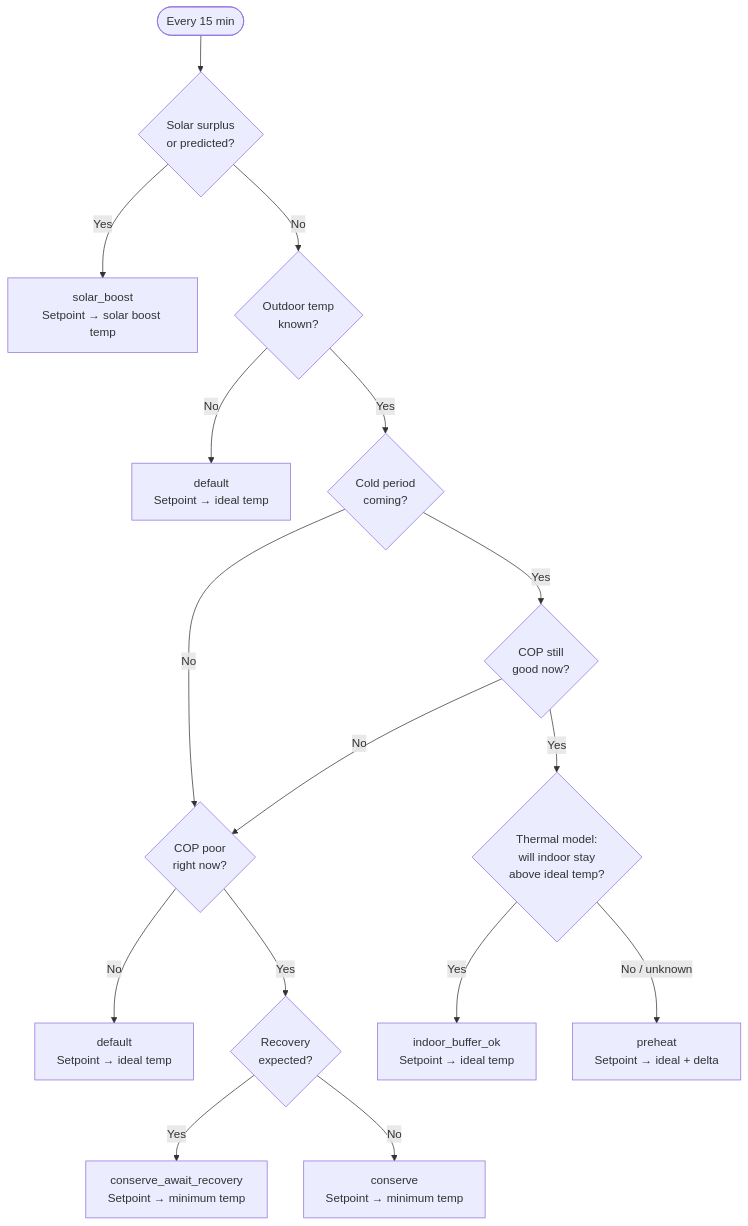
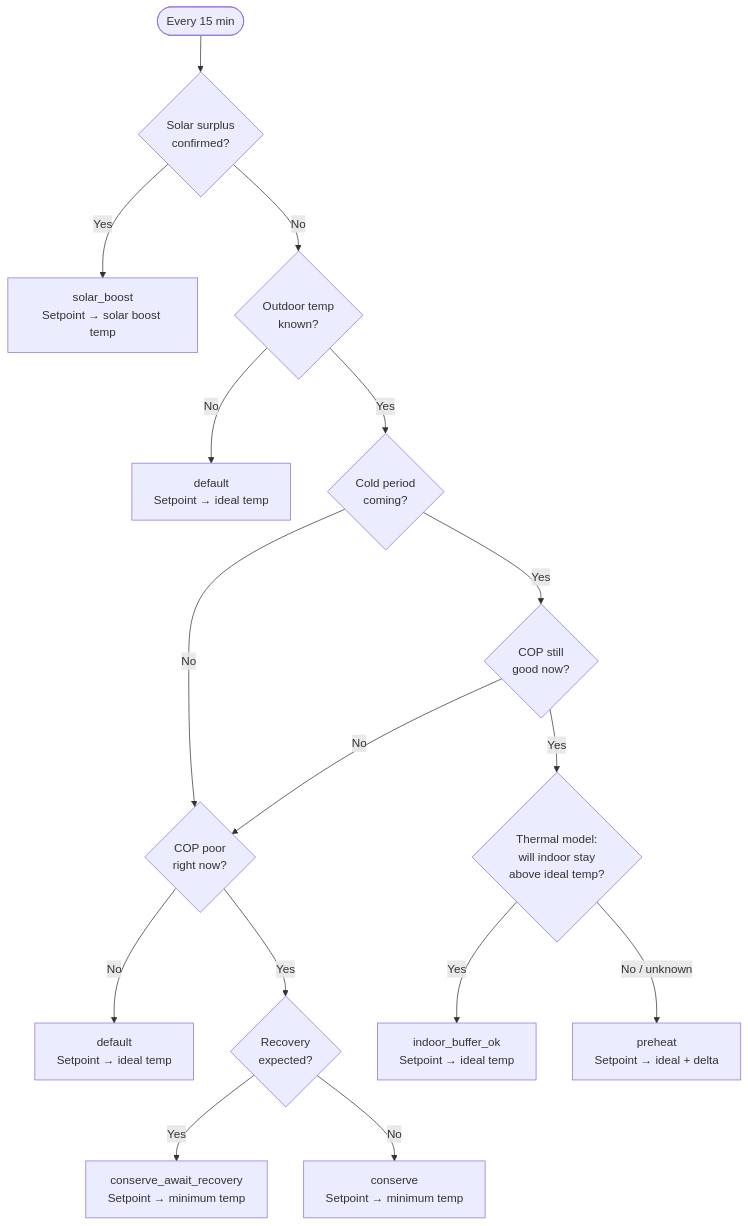
The first of 2 diagrams in README.md (antongitnow/ha-smart-heatpump), drawn with Mermaid before and after one commit. The commit also changed other lines of this file and 1 other file, not shown here.

First line of the commit message:
Use 3-minute rolling average for solar boost stop threshold

````diff
--- a/README.md
+++ b/README.md
@@ -28,19 +28,19 @@
 ```mermaid
 flowchart TD
-    START([Every 15 min]) --> SOLAR{Solar surplus<br/>or predicted?}
+    START([Every 15 min]) --> SOLAR{Solar surplus<br/>confirmed?}
     SOLAR -- Yes --> BOOST["solar_boost<br/>Setpoint → solar boost temp"]
     SOLAR -- No --> OUTDOOR{Outdoor temp<br/>known?}
     OUTDOOR -- No --> DEFAULT1["default<br/>Setpoint → ideal temp"]
     OUTDOOR -- Yes --> FORECAST{Cold period<br/>coming?}
     FORECAST -- No --> COPNOW{COP poor<br/>right now?}
     FORECAST -- Yes --> COPGOOD{COP still<br/>good now?}
     COPGOOD -- No --> COPNOW
     COPGOOD -- Yes --> IDEALCHECK{Thermal model:<br/>will indoor stay<br/>above ideal temp?}
     IDEALCHECK -- Yes --> SKIP["indoor_buffer_ok<br/>Setpoint → ideal temp"]
     IDEALCHECK -- "No / unknown" --> PREHEAT["preheat<br/>Setpoint → ideal + delta"]
     COPNOW -- No --> DEFAULT2["default<br/>Setpoint → ideal temp"]
     COPNOW -- Yes --> RECOVERY{Recovery<br/>expected?}
     RECOVERY -- Yes --> AWAIT["conserve_await_recovery<br/>Setpoint → minimum temp"]
     RECOVERY -- No --> CONSERVE["conserve<br/>Setpoint → minimum temp"]
 
 ```
````
